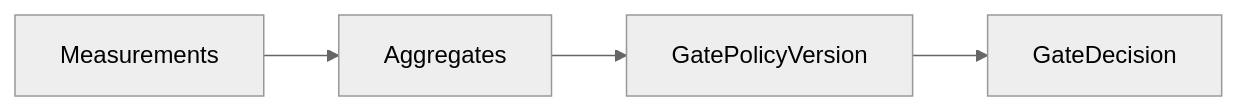
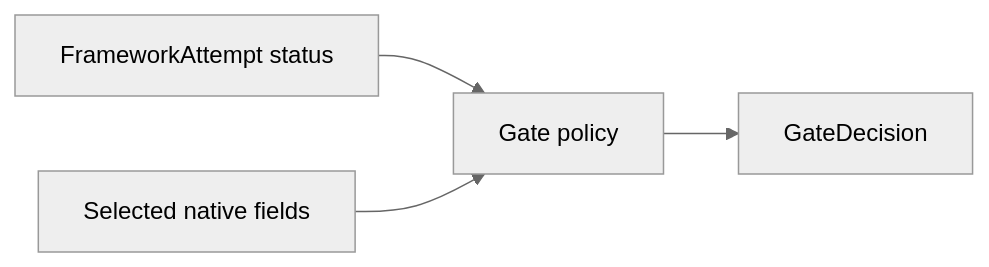
One commit to softprobe/document-website changed the sixth of 8 diagrams in en/evaluation/how-it-works.md. Above: the diagram before and after it, drawn with Mermaid (neutral theme). The commit also changed other lines of this file and 57 other files, not shown here.

````diff
--- a/en/evaluation/how-it-works.md
+++ b/en/evaluation/how-it-works.md
@@ -152,8 +131,10 @@
 ```mermaid
 flowchart LR
-  Meas[Measurements]
-  Agg[Aggregates]
-  GP[GatePolicyVersion]
+  Status[FrameworkAttempt status]
+  Native[Selected native fields]
+  GP[Gate policy]
   GD[GateDecision]
-  Meas --> Agg --> GP --> GD
+  Status --> GP
+  Native --> GP
+  GP --> GD
 ```
````
